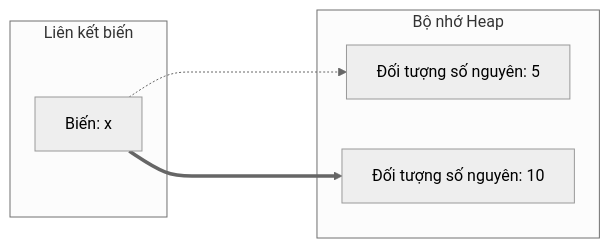
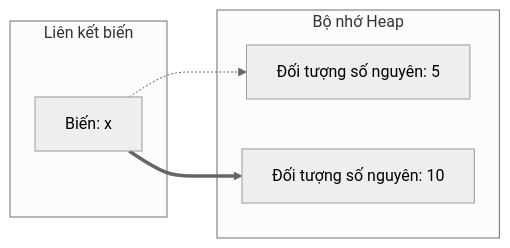
Before and after one commit to bakaryuu1997-sys/Sensei-Hub: the second of 2 diagrams in lessons/vi/python/day-01.md, drawn with Mermaid (neutral theme). The commit also changed other lines of this file and 3 other files, not shown here.

First line of the commit message:
fix(python): day-01 の Mermaid 構文を修正し図を描画可能に

````diff
--- a/lessons/vi/python/day-01.md
+++ b/lessons/vi/python/day-01.md
@@ -162,12 +162,12 @@
 ```mermaid
 graph LR
     subgraph Bindings [Liên kết biến]
-        x[Biến: x]
+        x["Biến: x"]
     end
     subgraph HeapMemory [Bộ nhớ Heap]
-        obj5[Đối tượng số nguyên: 5]
-        obj10[Đối tượng số nguyên: 10]
+        obj5["Đối tượng số nguyên: 5"]
+        obj10["Đối tượng số nguyên: 10"]
     end
     x -.-> obj5
-    x ====> obj10
+    x ==> obj10
 ```
````
